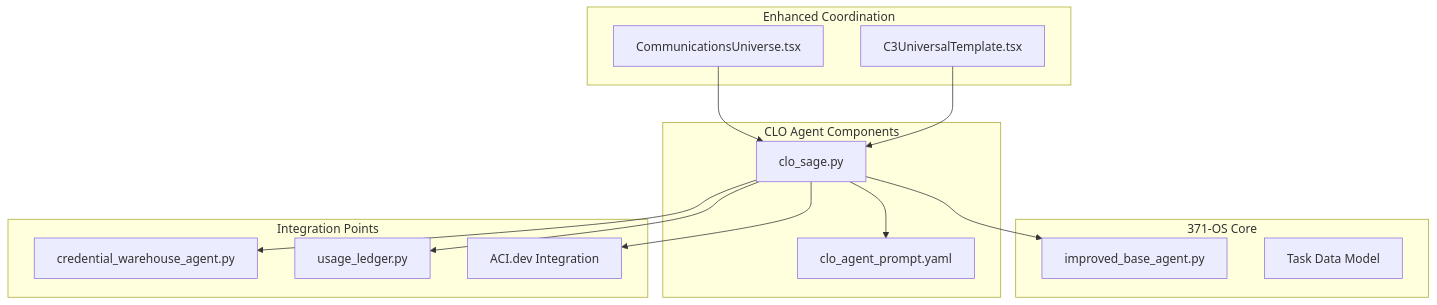
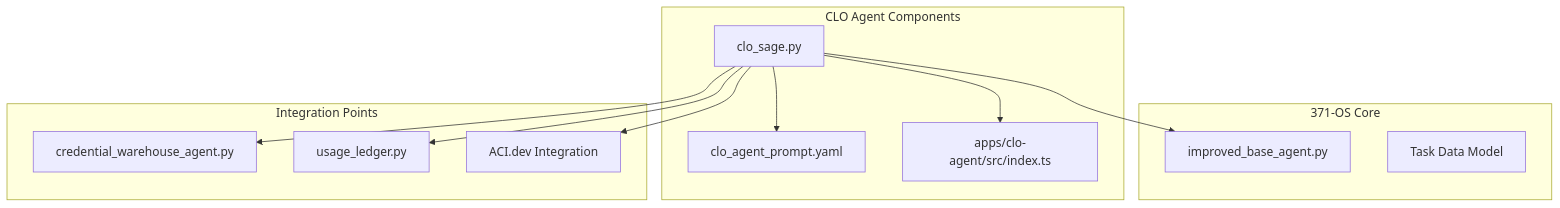
The first of 5 diagrams in .qoder/repowiki/en/content/Agent Ecosystem/C-Suite Agents/CLO Agent (Alex).md (371-Minds/os), drawn with Mermaid before and after one commit. The commit also changed other lines of this file and 23 other files, not shown here.

````diff
--- a/.qoder/repowiki/en/content/Agent Ecosystem/C-Suite Agents/CLO Agent (Alex).md
+++ b/.qoder/repowiki/en/content/Agent Ecosystem/C-Suite Agents/CLO Agent (Alex).md
@@ -47,27 +44,23 @@
 ```mermaid
 graph TD
 subgraph "371-OS Core"
 BaseAgent[improved_base_agent.py]
 TaskModel[Task Data Model]
 end
 subgraph "CLO Agent Components"
 CloAgent[clo_sage.py]
 PromptTemplate[clo_agent_prompt.yaml]
+Config[apps/clo-agent/src/index.ts]
 end
 subgraph "Integration Points"
 CredentialWarehouse[credential_warehouse_agent.py]
 UsageLedger[usage_ledger.py]
 ACIDev[ACI.dev Integration]
 end
-subgraph "Enhanced Coordination"
-C3Template[C3UniversalTemplate.tsx]
-CommunicationsUniverse[CommunicationsUniverse.tsx]
-end
 CloAgent --> BaseAgent
 CloAgent --> PromptTemplate
+CloAgent --> Config
 CloAgent --> CredentialWarehouse
 CloAgent --> UsageLedger
 CloAgent --> ACIDev
-C3Template --> CloAgent
-CommunicationsUniverse --> CloAgent
 ```
````
